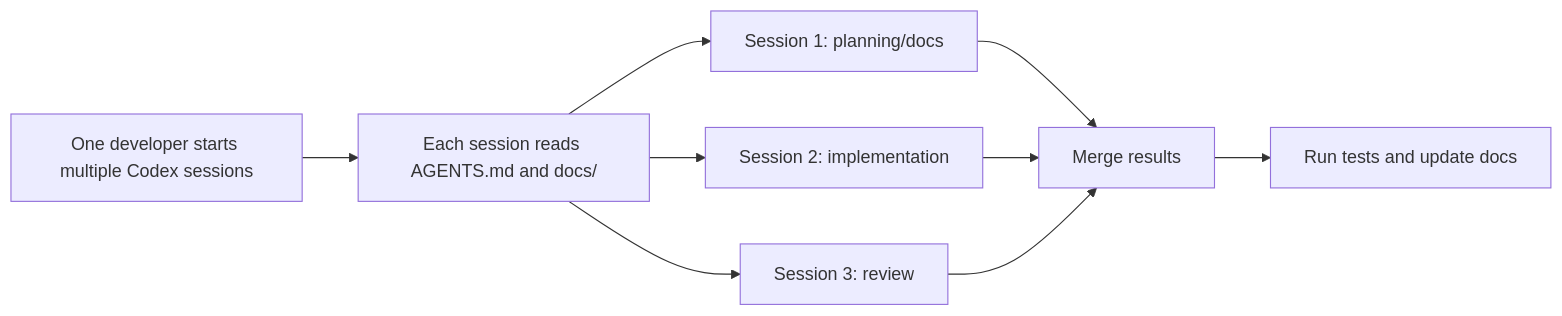
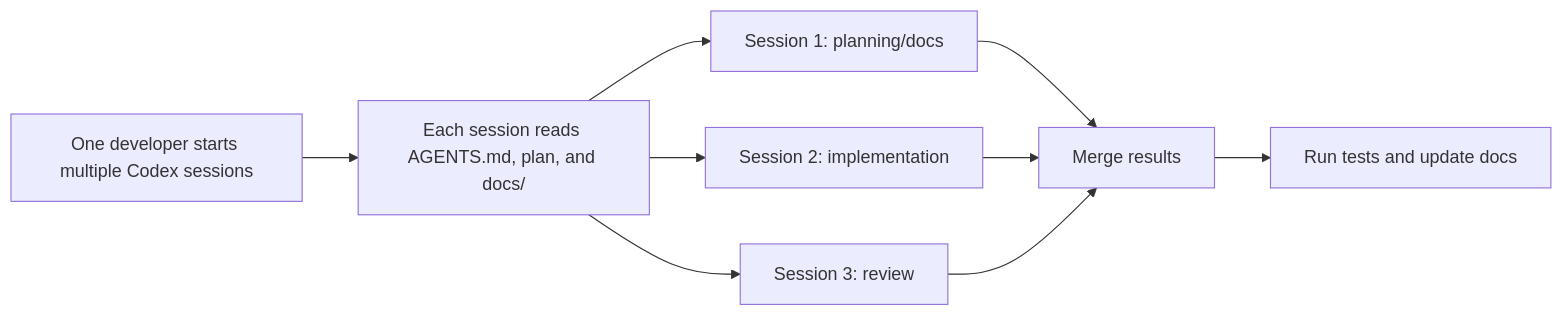
Before and after one commit to aethersg/framework-codex-like-claude-code: the sixth of 10 diagrams in README.md, drawn with Mermaid. The commit also changed other lines of this file and 6 other files, not shown here.

Commit message:
Add planning doc and onboarding prompt flows

````diff
--- a/README.md
+++ b/README.md
@@ -256,11 +397,11 @@
 ```mermaid
 flowchart LR
-    A["One developer starts multiple Codex sessions"] --> B["Each session reads AGENTS.md and docs/"]
+    A["One developer starts multiple Codex sessions"] --> B["Each session reads AGENTS.md, plan, and docs/"]
     B --> C["Session 1: planning/docs"]
     B --> D["Session 2: implementation"]
     B --> E["Session 3: review"]
     C --> F["Merge results"]
     D --> F
     E --> F
     F --> G["Run tests and update docs"]
 ```
````
